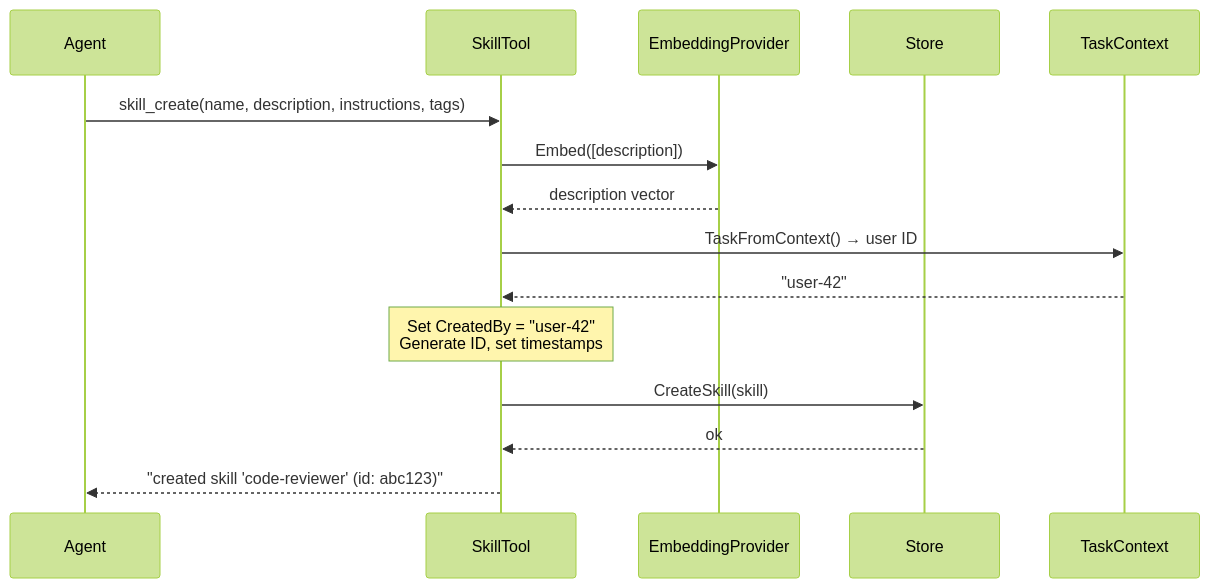
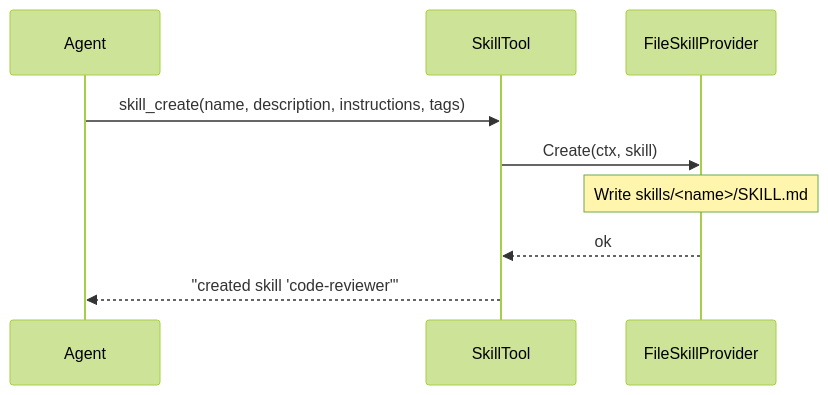
Before and after one commit to nevindra/oasis: the fourth of 6 diagrams in docs/guides/skills.md, drawn with Mermaid (forest theme). The commit also changed other lines of this file and 22 other files, not shown here.

First line of the commit message:
feat!: replace DB-backed skills with file-based SkillProvider

````diff
--- a/docs/guides/skills.md
+++ b/docs/guides/skills.md
@@ -170,18 +199,12 @@
 ```mermaid
 sequenceDiagram
     participant Agent
     participant SkillTool
-    participant Embedding as EmbeddingProvider
-    participant Store
-    participant Ctx as TaskContext
+    participant Writer as FileSkillProvider
 
     Agent->>SkillTool: skill_create(name, description, instructions, tags)
-    SkillTool->>Embedding: Embed([description])
-    Embedding-->>SkillTool: description vector
-    SkillTool->>Ctx: TaskFromContext() → user ID
-    Ctx-->>SkillTool: "user-42"
-    Note over SkillTool: Set CreatedBy = "user-42"<br>Generate ID, set timestamps
-    SkillTool->>Store: CreateSkill(skill)
-    Store-->>SkillTool: ok
-    SkillTool-->>Agent: "created skill 'code-reviewer' (id: abc123)"
+    SkillTool->>Writer: Create(ctx, skill)
+    Note over Writer: Write skills/<name>/SKILL.md
+    Writer-->>SkillTool: ok
+    SkillTool-->>Agent: "created skill 'code-reviewer'"
 ```
````
